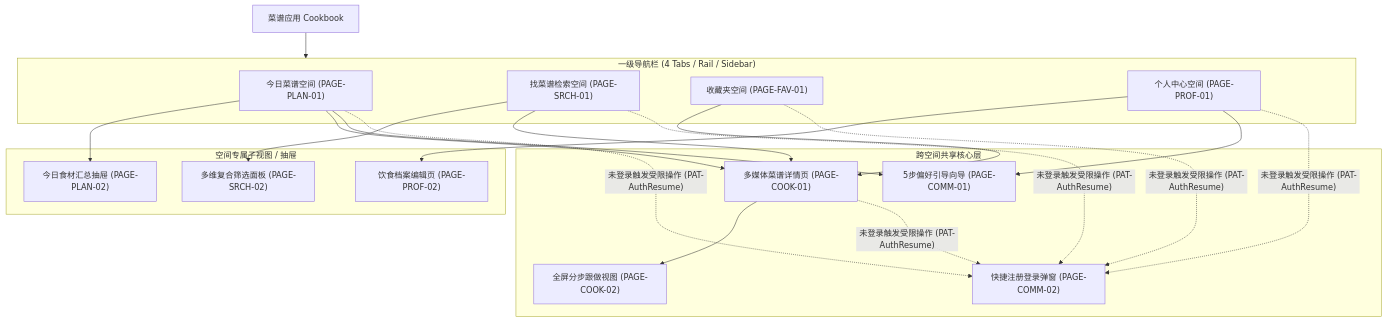
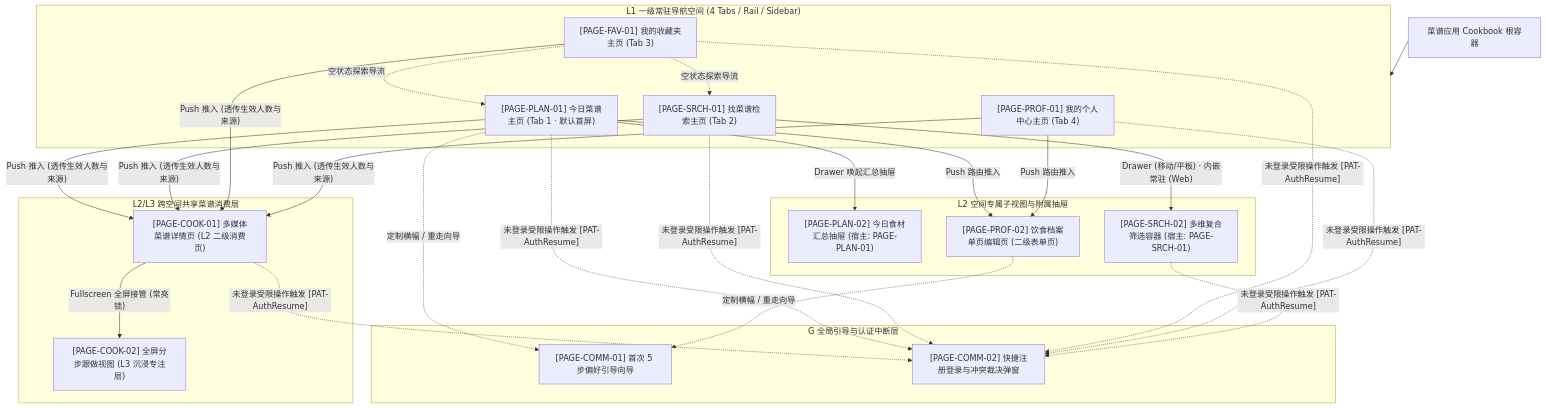
One commit to icecream154/Cookbook changed the diagram in Product/spec/04-ia-and-flows/ia-and-shell.md. Above: the diagram before and after it, drawn with Mermaid. The commit also changed other lines of this file and 28 other files, not shown here.

Commit message:
feat: update ia and flows doc

````diff
--- a/Product/spec/04-ia-and-flows/ia-and-shell.md
+++ b/Product/spec/04-ia-and-flows/ia-and-shell.md
@@ -7,34 +14,39 @@
 ```mermaid
 flowchart TD
-    APP["菜谱应用 Cookbook"]
+    APP["菜谱应用 Cookbook 根容器"]
 
-    subgraph PRIMARY_NAV ["一级导航栏 (4 Tabs / Rail / Sidebar)"]
-        T1["今日菜谱空间 (PAGE-PLAN-01)"]
-        T2["找菜谱检索空间 (PAGE-SRCH-01)"]
-        T3["收藏夹空间 (PAGE-FAV-01)"]
-        T4["个人中心空间 (PAGE-PROF-01)"]
+    subgraph L1_PRIMARY ["L1 一级常驻导航空间 (4 Tabs / Rail / Sidebar)"]
+        T1["[PAGE-PLAN-01] 今日菜谱主页 (Tab 1 · 默认首屏)"]
+        T2["[PAGE-SRCH-01] 找菜谱检索主页 (Tab 2)"]
+        T3["[PAGE-FAV-01] 我的收藏夹主页 (Tab 3)"]
+        T4["[PAGE-PROF-01] 我的个人中心主页 (Tab 4)"]
     end
 
-    subgraph SUB_VIEWS ["空间专属子视图 / 抽屉"]
-        S_PLAN["今日食材汇总抽屉 (PAGE-PLAN-02)"]
-        S_SRCH["多维复合筛选面板 (PAGE-SRCH-02)"]
-        S_PROF["饮食档案编辑页 (PAGE-PROF-02)"]
+    subgraph L2_SCOPED ["L2 空间专属子视图与附属抽屉"]
+        S_PLAN["[PAGE-PLAN-02] 今日食材汇总抽屉 (宿主: PAGE-PLAN-01)"]
+        S_SRCH["[PAGE-SRCH-02] 多维复合筛选容器 (宿主: PAGE-SRCH-01)"]
+        S_PROF["[PAGE-PROF-02] 饮食档案单页编辑页 (二级表单页)"]
     end
 
-    subgraph SHARED_SPACES ["跨空间共享核心层"]
-        C_WIZ["5步偏好引导向导 (PAGE-COMM-01)"]
-        C_AUTH["快捷注册登录弹窗 (PAGE-COMM-02)"]
-        D_MAIN["多媒体菜谱详情页 (PAGE-COOK-01)"]
-        D_FOCUS["全屏分步跟做视图 (PAGE-COOK-02)"]
+    subgraph SHARED_COOK ["L2/L3 跨空间共享菜谱消费层"]
+        D_MAIN["[PAGE-COOK-01] 多媒体菜谱详情页 (L2 二级消费页)"]
+        D_FOCUS["[PAGE-COOK-02] 全屏分步跟做视图 (L3 沉浸专注层)"]
     end
 
-    APP --> PRIMARY_NAV
-    T1 --> S_PLAN
-    T2 --> S_SRCH
-    T4 --> S_PROF
+    subgraph GLOBAL_INTERCEPT ["G 全局引导与认证中断层"]
+        C_WIZ["[PAGE-COMM-01] 首次 5 步偏好引导向导"]
+        C_AUTH["[PAGE-COMM-02] 快捷注册登录与冲突裁决弹窗"]
+    end
 
-    T1 & T2 & T3 --> D_MAIN
-    D_MAIN --> D_FOCUS
-    T1 & T4 --> C_WIZ
-    T1 & T2 & T3 & T4 & D_MAIN -. "未登录触发受限操作 (PAT-AuthResume)" .-> C_AUTH
+    APP --> L1_PRIMARY
+    T1 -- "Drawer 唤起汇总抽屉" --> S_PLAN
+    T2 -- "Drawer (移动/平板) · 内嵌常驻 (Web)" --> S_SRCH
+    T1 & T4 -- "Push 路由推入" --> S_PROF
+
+    T1 & T2 & T3 & T4 -- "Push 推入 (透传生效人数与来源)" --> D_MAIN
+    D_MAIN -- "Fullscreen 全屏接管 (常亮锁)" --> D_FOCUS
+
+    T1 & S_PROF -. "定制横幅 / 重走向导" .-> C_WIZ
+    T3 -. "空状态探索导流" .-> T1 & T2
+    T1 & T2 & T3 & T4 & S_SRCH & D_MAIN -. "未登录受限操作触发 [PAT-AuthResume]" .-> C_AUTH
 ```
````
